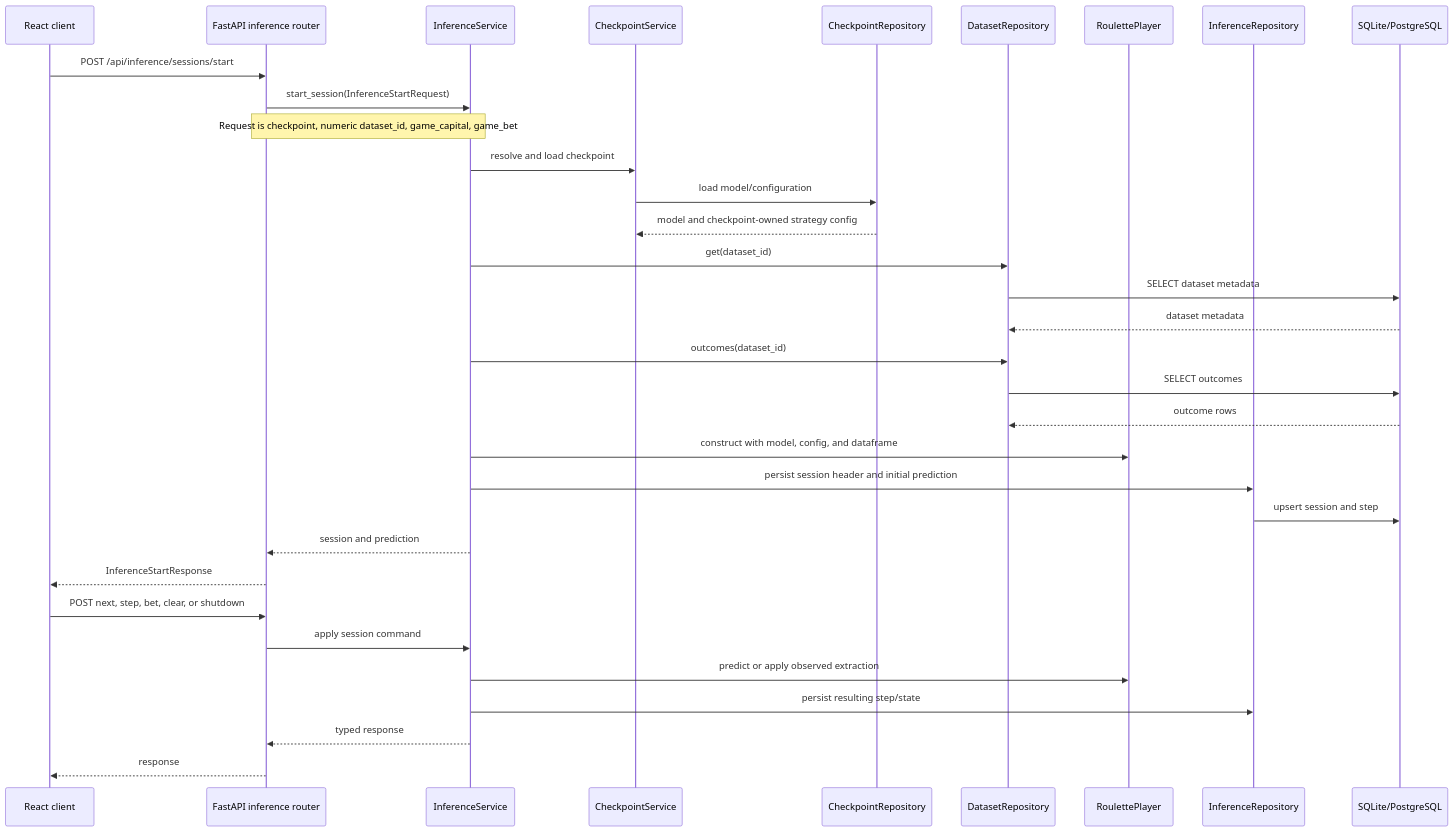
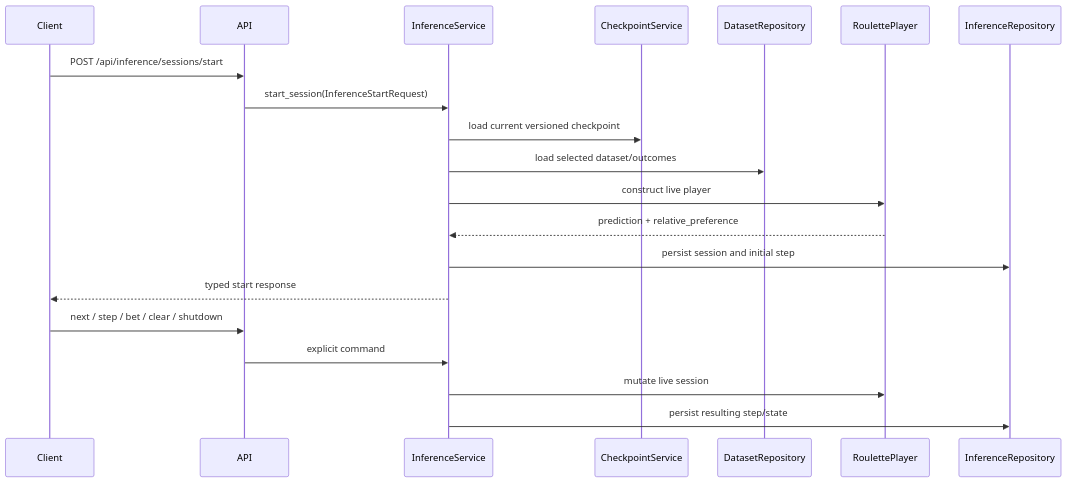
One commit to CTCycle/FAIRS-Roulette-Player changed the third of 3 diagrams in assets/docs/architecture/execution_and_data_flow.md. Above: the diagram before and after it, drawn with Mermaid. The commit also changed other lines of this file, not shown here.

Commit message:
docs: align execution flow with strict canonical contracts

````diff
--- a/assets/docs/architecture/execution_and_data_flow.md
+++ b/assets/docs/architecture/execution_and_data_flow.md
@@ -129,36 +99,23 @@
 ```mermaid
 sequenceDiagram
-    participant Client as React client
-    participant API as FastAPI inference router
+    participant Client
+    participant API
     participant Service as InferenceService
     participant Checkpoint as CheckpointService
-    participant Model as CheckpointRepository
     participant Dataset as DatasetRepository
     participant Player as RoulettePlayer
     participant Repo as InferenceRepository
-    participant DB as SQLite/PostgreSQL
 
     Client->>API: POST /api/inference/sessions/start
     API->>Service: start_session(InferenceStartRequest)
-    Note over API,Service: Request is checkpoint, numeric dataset_id, game_capital, game_bet
-    Service->>Checkpoint: resolve and load checkpoint
-    Checkpoint->>Model: load model/configuration
-    Model-->>Checkpoint: model and checkpoint-owned strategy config
-    Service->>Dataset: get(dataset_id)
-    Dataset->>DB: SELECT dataset metadata
-    DB-->>Dataset: dataset metadata
-    Service->>Dataset: outcomes(dataset_id)
-    Dataset->>DB: SELECT outcomes
-    DB-->>Dataset: outcome rows
-    Service->>Player: construct with model, config, and dataframe
-    Service->>Repo: persist session header and initial prediction
-    Repo->>DB: upsert session and step
-    Service-->>API: session and prediction
-    API-->>Client: InferenceStartResponse
-    Client->>API: POST next, step, bet, clear, or shutdown
-    API->>Service: apply session command
-    Service->>Player: predict or apply observed extraction
+    Service->>Checkpoint: load current versioned checkpoint
+    Service->>Dataset: load selected dataset/outcomes
+    Service->>Player: construct live player
+    Player-->>Service: prediction + relative_preference
+    Service->>Repo: persist session and initial step
+    Service-->>Client: typed start response
+    Client->>API: next / step / bet / clear / shutdown
+    API->>Service: explicit command
+    Service->>Player: mutate live session
     Service->>Repo: persist resulting step/state
-    Service-->>API: typed response
-    API-->>Client: response
 ```
````
